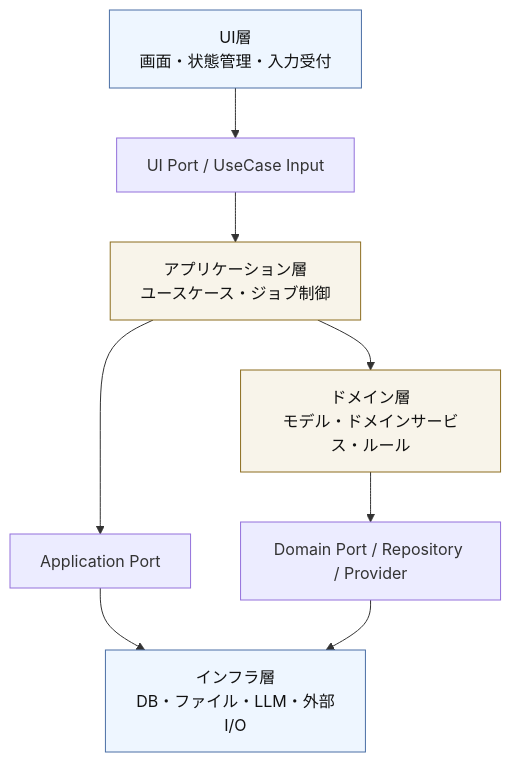
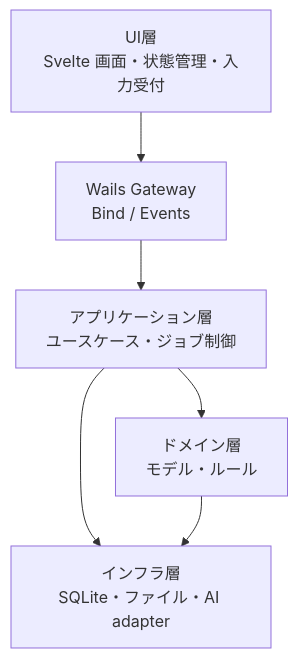
Before and after one commit to ishibata91/AITranslationEngineJP: the diagram in docs/architecture.md, drawn with Mermaid. The commit also changed other lines of this file and 16 other files, not shown here.

````diff
--- a/docs/architecture.md
+++ b/docs/architecture.md
@@ -21,24 +21,14 @@
 ```mermaid
 flowchart TB
-    UI["UI層<br/>画面・状態管理・入力受付"]
+    UI["UI層<br/>Svelte 画面・状態管理・入力受付"]
     APP["アプリケーション層<br/>ユースケース・ジョブ制御"]
-    DOMAIN["ドメイン層<br/>モデル・ドメインサービス・ルール"]
-    INFRA["インフラ層<br/>DB・ファイル・LLM・外部I/O"]
+    DOMAIN["ドメイン層<br/>モデル・ルール"]
+    INFRA["インフラ層<br/>SQLite・ファイル・AI adapter"]
+    WG["Wails Gateway<br/>Bind / Events"]
 
-    UI_REQ["UI Port / UseCase Input"]
-    APP_OUT["Application Port"]
-    DOMAIN_PORT["Domain Port / Repository / Provider"]
-
-    UI --> UI_REQ
-    UI_REQ --> APP
-    APP --> APP_OUT
-    APP_OUT --> INFRA
+    UI --> WG
+    WG --> APP
     APP --> DOMAIN
-    DOMAIN --> DOMAIN_PORT
-    DOMAIN_PORT --> INFRA
-
-    classDef outer fill:#eef6ff,stroke:#4a6fa5,color:#111;
-    classDef inner fill:#f8f4ea,stroke:#8c6d1f,color:#111;
-    class UI,INFRA outer;
-    class APP,DOMAIN inner;
+    APP --> INFRA
+    DOMAIN --> INFRA
 ```
````
